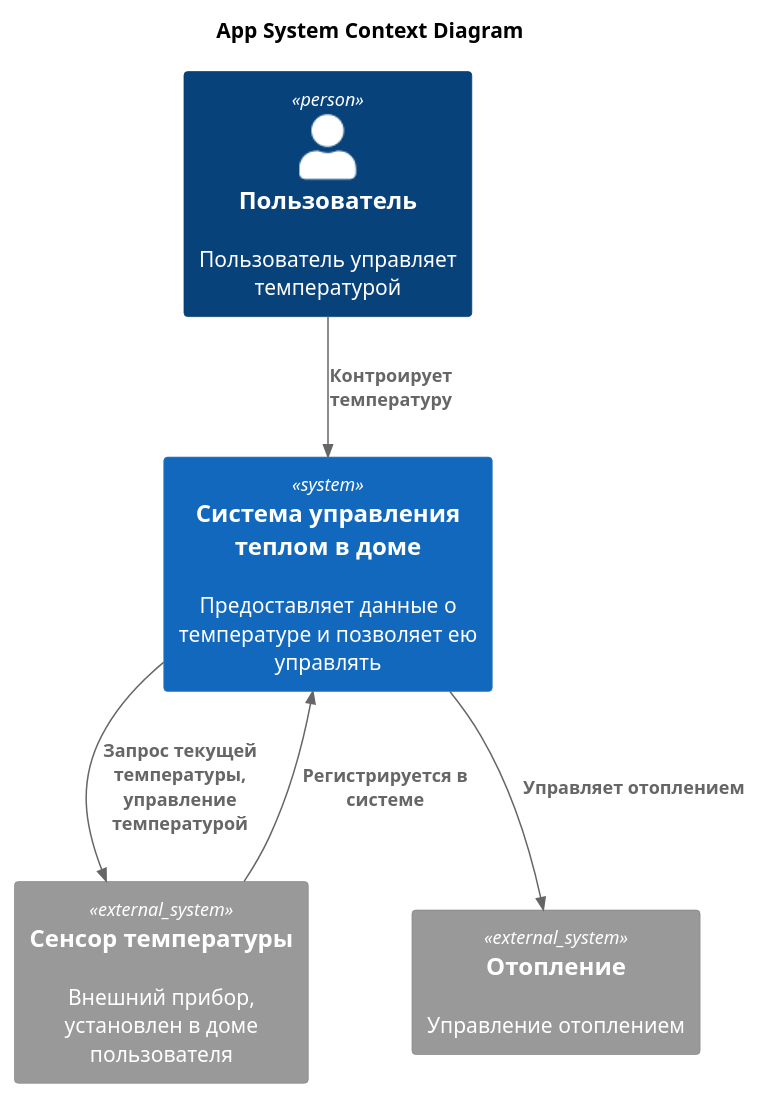
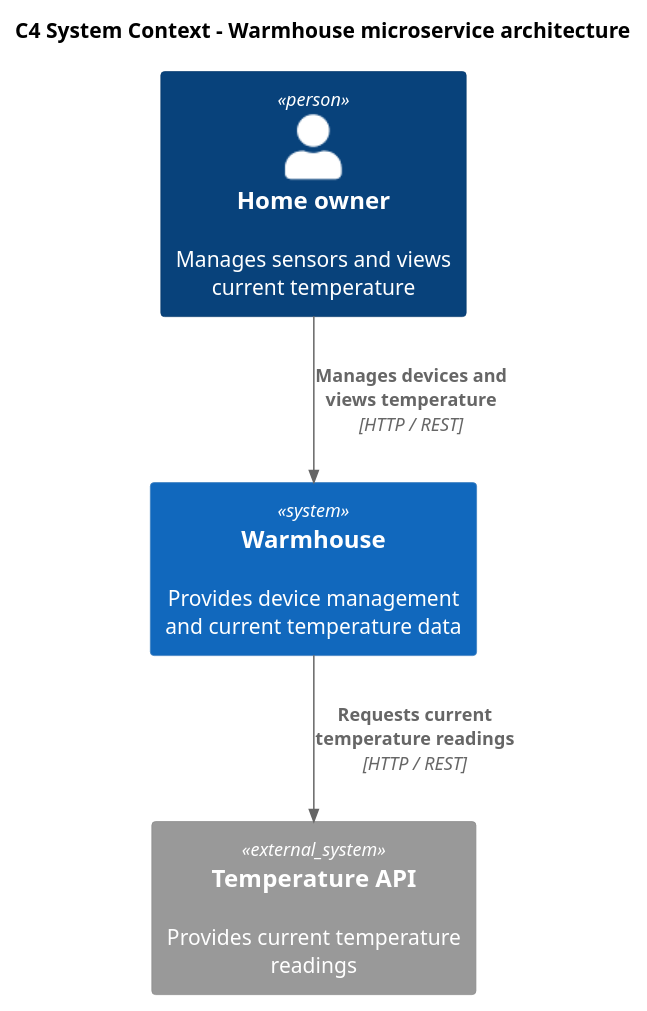
One commit to SergeyGreen7/architecture-pro-warmhouse changed the diagram in docs/architecure/context/context.puml. Above: the diagram before and after it, drawn with PlantUML. The commit also changed 11 other files, not shown here.

Commit message:
task2 is updated with new architecture

```diff
--- a/docs/architecure/context/context.puml
+++ b/docs/architecure/context/context.puml
@@ -1,17 +1,15 @@
 @startuml
 !include <C4/C4_Context>
 
-title App System Context Diagram
+title C4 System Context - Warmhouse microservice architecture
 
-Person(customer, "Пользователь", "Пользователь управляет температурой", person)
-System(app, " Система управления теплом в доме", "Предоставляет данные о температуре и позволяет ею управлять")
+Person(user, "Home owner", "Manages sensors and views current temperature")
 
-System_Ext(sensor, "Сенсор температуры", "Внешний прибор, установлен в доме пользователя")
-System_Ext(warmer, "Отопление", "Управление отоплением")
+System(warmhouse, "Warmhouse", "Provides device management and current temperature data")
 
-Rel(customer, app, "Контроирует температуру")
-Rel(sensor, app, "Регистрируется в системе")
-Rel(app, sensor, "Запрос текущей температуры, управление температурой")
-Rel(app, warmer, "Управляет отоплением")
+System_Ext(temperature_api, "Temperature API", "Provides current temperature readings")
+
+Rel(user, warmhouse, "Manages devices and views temperature", "HTTP / REST")
+Rel(warmhouse, temperature_api, "Requests current temperature readings", "HTTP / REST")
 
 @enduml
```
